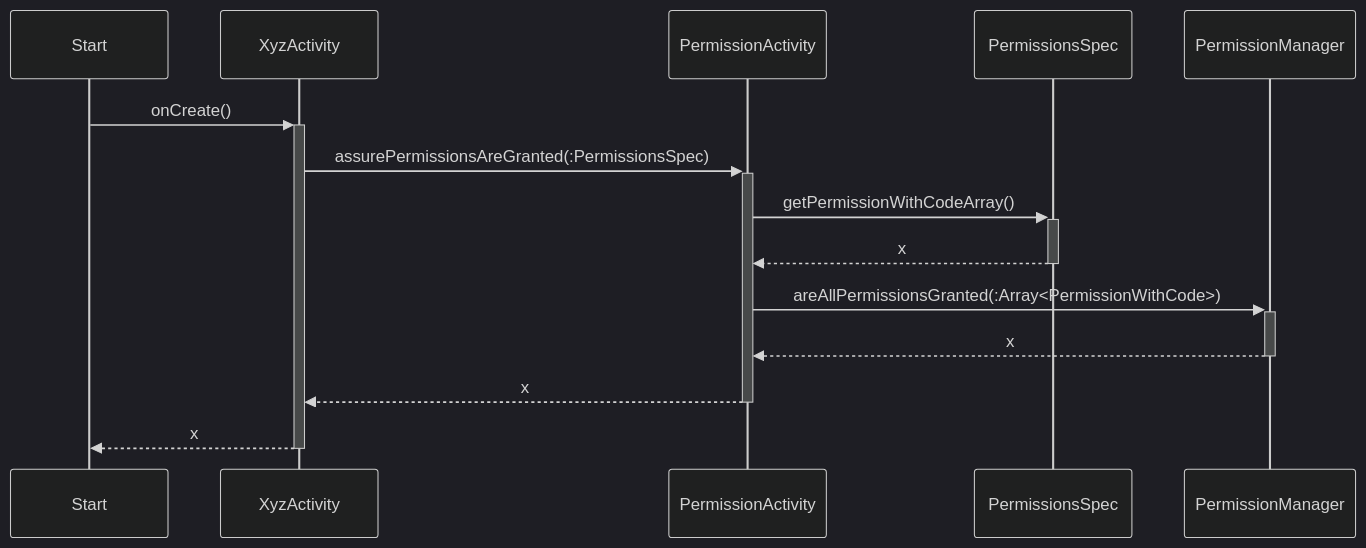
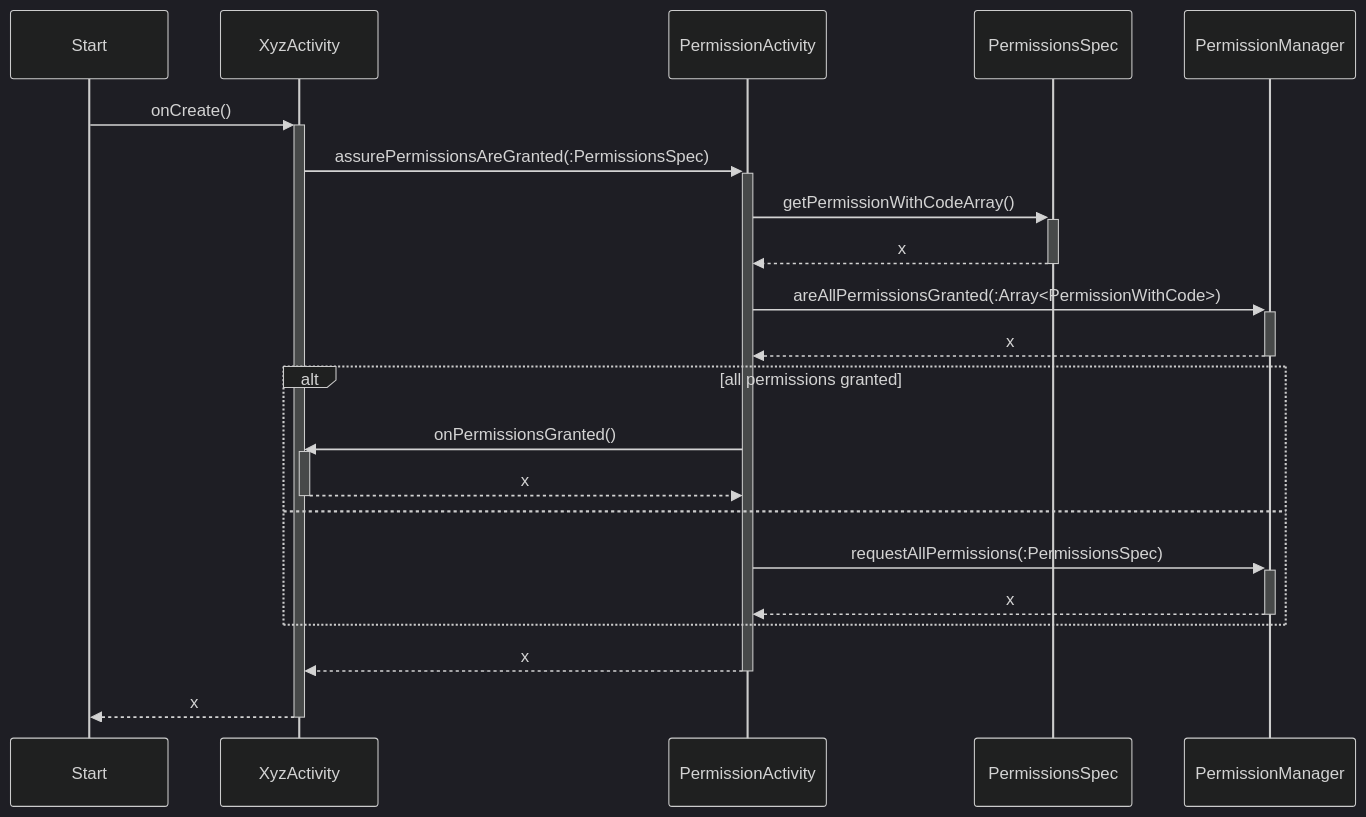
The diagram in development.mmd (mjureczko/maly-poszukiwacz-skarbow), drawn with Mermaid (dark theme) before and after one commit.

```diff
--- a/development.mmd
+++ b/development.mmd
@@ -1,9 +1,16 @@
 sequenceDiagram
     Start ->>+ XyzActivity: onCreate()
     XyzActivity ->>+ PermissionActivity: assurePermissionsAreGranted(:PermissionsSpec)
     PermissionActivity ->>+ PermissionsSpec: getPermissionWithCodeArray()
     PermissionsSpec -->>- PermissionActivity: x
     PermissionActivity ->>+ PermissionManager: areAllPermissionsGranted(:Array<PermissionWithCode>)
     PermissionManager -->>- PermissionActivity: x
+    alt all permissions granted
+        PermissionActivity ->>+ XyzActivity: onPermissionsGranted()
+        XyzActivity -->>- PermissionActivity: x
+    else
+        PermissionActivity ->>+ PermissionManager: requestAllPermissions(:PermissionsSpec)
+        PermissionManager -->>- PermissionActivity: x
+    end
     PermissionActivity -->>- XyzActivity: x
     XyzActivity -->>- Start: x
```
